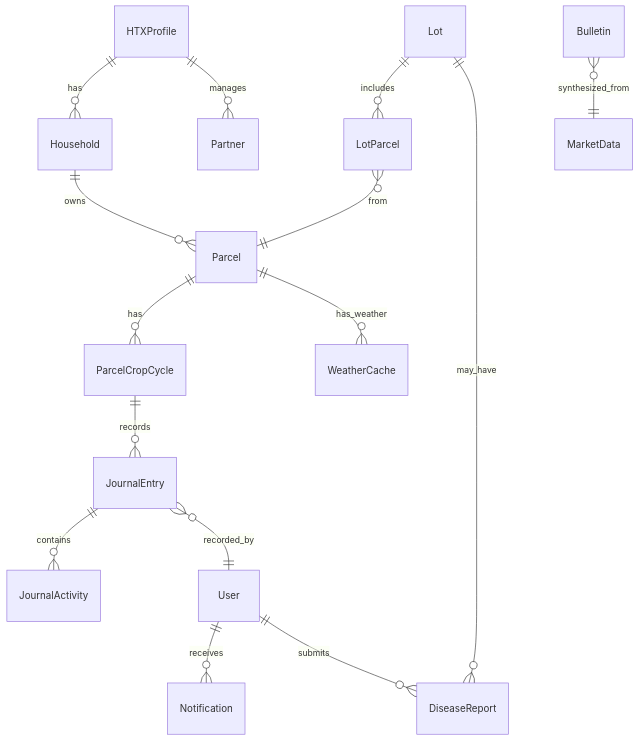
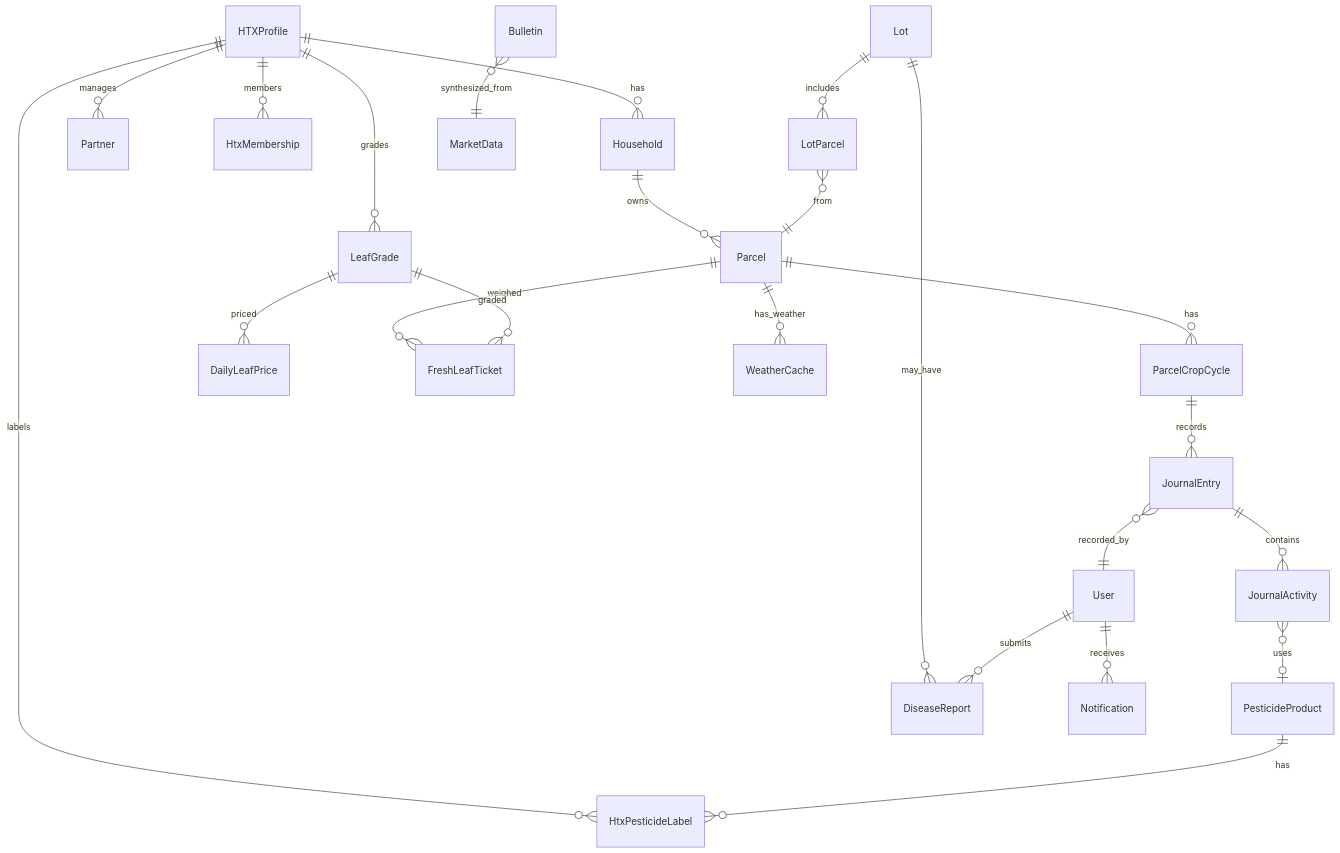
Before and after one commit to maiychrus25/OpenTea-DX-OS: the diagram in docs/database-schema.md, drawn with Mermaid. The commit also changed other lines of this file, not shown here.

Commit message:
docs(schema): add flush, pesticide, membership and weighing tables

````diff
--- a/docs/database-schema.md
+++ b/docs/database-schema.md
@@ -16,17 +16,25 @@
 ```mermaid
 erDiagram
     HTXProfile ||--o{ Household : "has"
     HTXProfile ||--o{ Partner : "manages"
     Household ||--o{ Parcel : "owns"
     Parcel ||--o{ ParcelCropCycle : "has"
     ParcelCropCycle ||--o{ JournalEntry : "records"
     JournalEntry ||--o{ JournalActivity : "contains"
     JournalEntry }o--|| User : "recorded_by"
+    JournalActivity }o--o| PesticideProduct : "uses"
+    HTXProfile ||--o{ HtxPesticideLabel : "labels"
+    PesticideProduct ||--o{ HtxPesticideLabel : "has"
+    HTXProfile ||--o{ HtxMembership : "members"
+    HTXProfile ||--o{ LeafGrade : "grades"
+    LeafGrade ||--o{ DailyLeafPrice : "priced"
+    Parcel ||--o{ FreshLeafTicket : "weighed"
+    LeafGrade ||--o{ FreshLeafTicket : "graded"
     Lot ||--o{ LotParcel : "includes"
     LotParcel }o--|| Parcel : "from"
     Lot ||--o{ DiseaseReport : "may_have"
     User ||--o{ Notification : "receives"
     User ||--o{ DiseaseReport : "submits"
     Parcel ||--o{ WeatherCache : "has_weather"
     Bulletin }o--|| MarketData : "synthesized_from"
 ```
````
